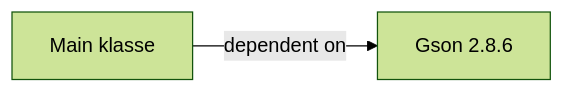
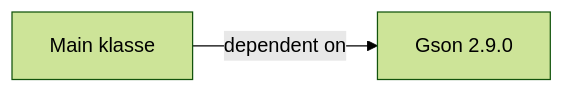
One commit to KULeuven-Diepenbeek/ses-course changed the first of 2 diagrams in content/dependency-management/_index.md. Above: the diagram before and after it, drawn with Mermaid (forest theme). The commit also changed other lines of this file, not shown here.

Commit message:
ses dependency management gson x.y.z consistent met screenshot maken

```diff
--- a/content/dependency-management/_index.md
+++ b/content/dependency-management/_index.md
@@ -63,6 +63,6 @@
 {{<mermaid>}}
 graph LR;
     A["Main klasse"]
-    C["Gson 2.8.6"]
+    C["Gson 2.9.0"]
     A -->|dependent on| C
 {{< /mermaid >}}
```
